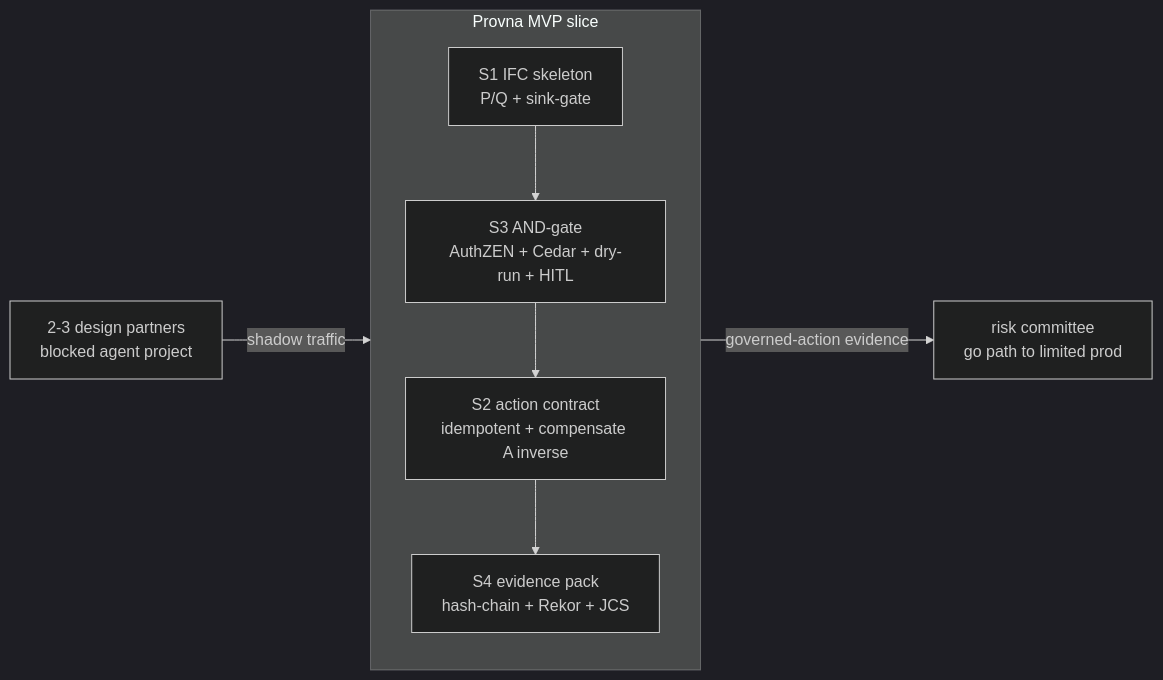
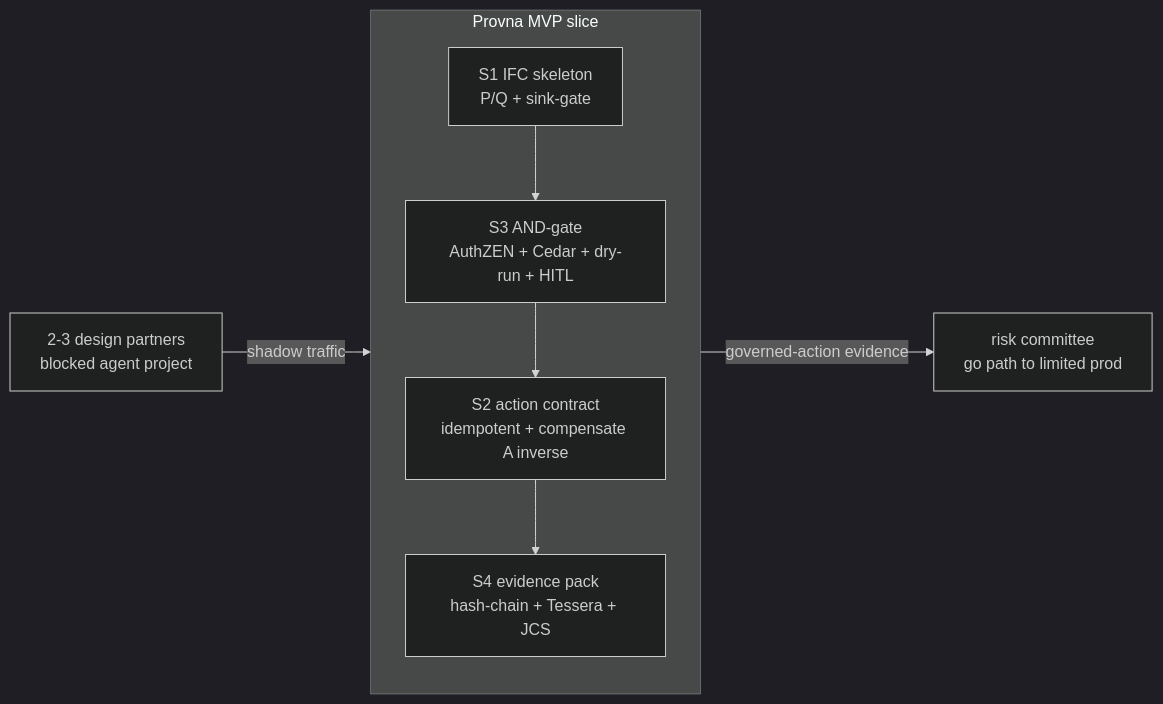
Before and after one commit to HodeTech/provna: the first of 4 diagrams in docs/roadmap/phase-0-mvp.md, drawn with Mermaid (dark theme). The commit also changed other lines of this file and 24 other files, not shown here.

````diff
--- a/docs/roadmap/phase-0-mvp.md
+++ b/docs/roadmap/phase-0-mvp.md
@@ -17,13 +17,13 @@
 ```mermaid
 flowchart LR
     DP["2-3 design partners<br/>blocked agent project"] -->|"shadow traffic"| PV
     subgraph PV["Provna MVP slice"]
         direction TB
         G1["S1 IFC skeleton<br/>P/Q + sink-gate"]
         G2["S3 AND-gate<br/>AuthZEN + Cedar + dry-run + HITL"]
         G3["S2 action contract<br/>idempotent + compensate A inverse"]
-        G4["S4 evidence pack<br/>hash-chain + Rekor + JCS"]
+        G4["S4 evidence pack<br/>hash-chain + Tessera + JCS"]
         G1 --> G2 --> G3 --> G4
     end
     PV -->|"governed-action evidence"| RC["risk committee<br/>go path to limited prod"]
 ```
````
